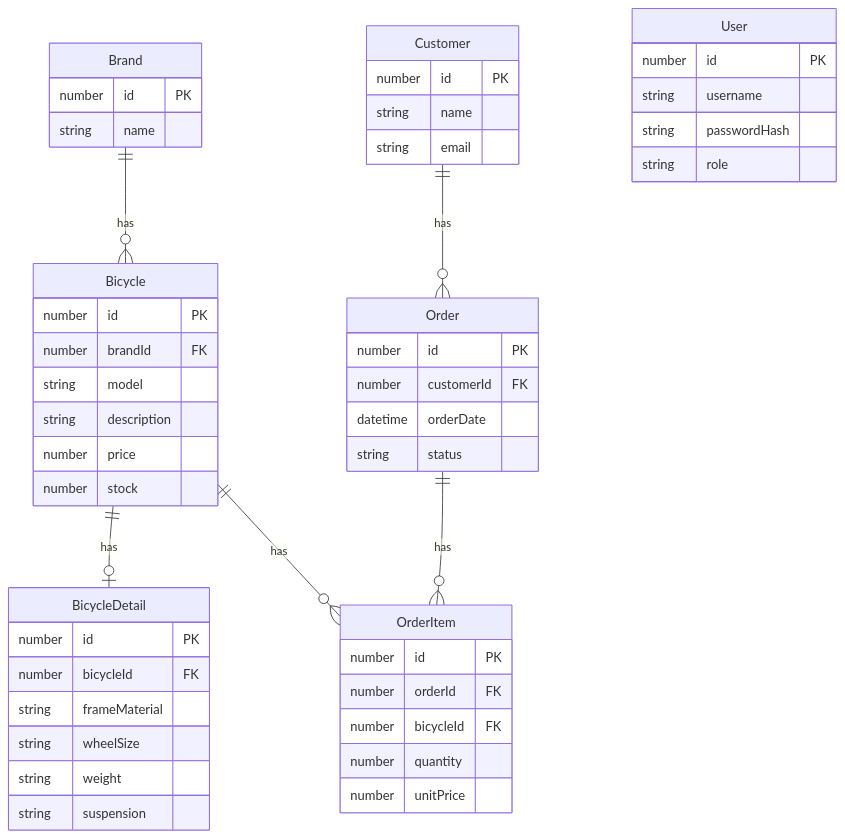
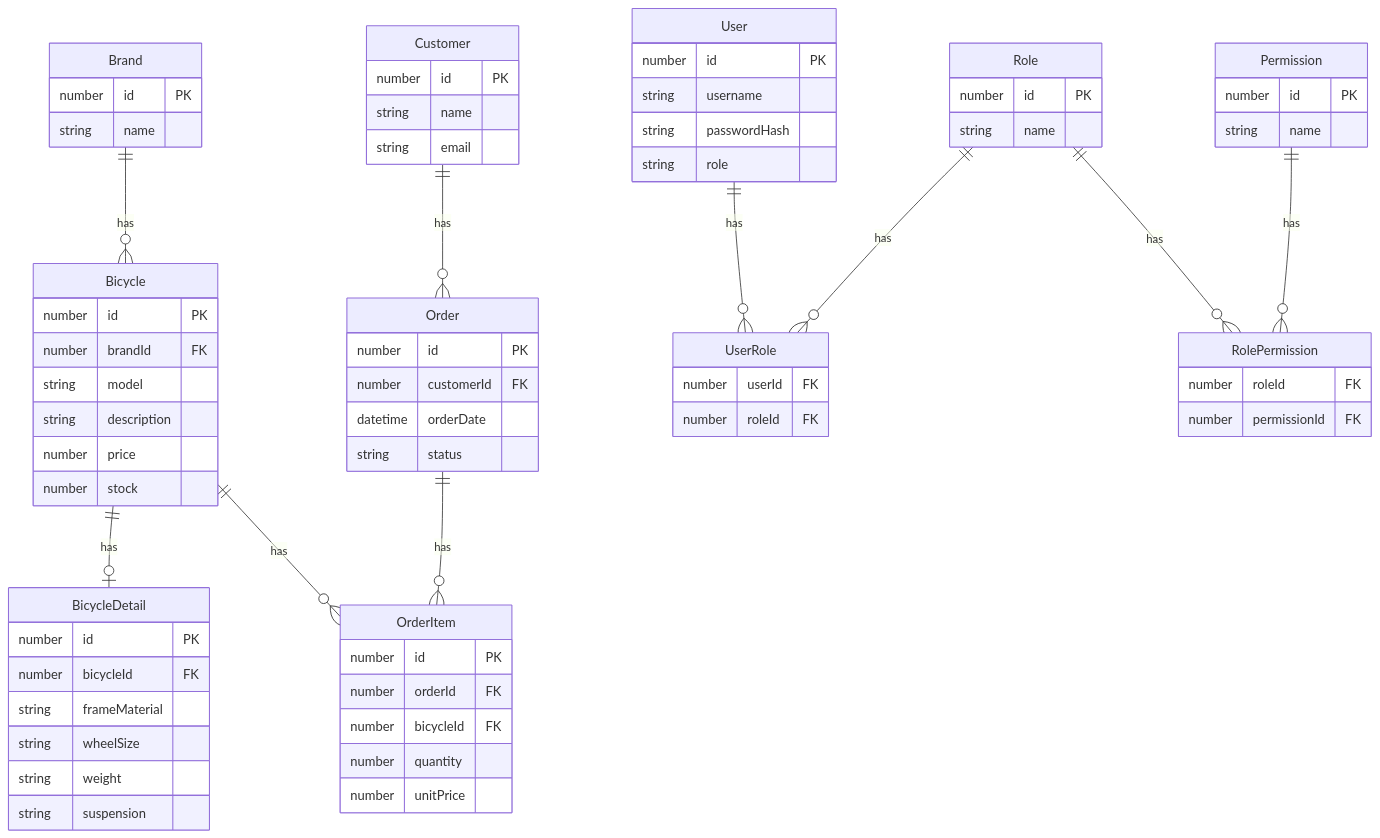
One commit to tcrurav/TypeScript-Express-Sequelize-Associations_and_Queries-Example changed the diagram in README.md. Above: the diagram before and after it, drawn with Mermaid. The commit also changed other lines of this file and 17 other files, not shown here.

````diff
--- a/README.md
+++ b/README.md
@@ -86,6 +86,10 @@
     Customer ||--o{ Order : has
     Order ||--o{ OrderItem : has
     Bicycle ||--o{ OrderItem : has
+    User ||--o{ UserRole : has
+    Role ||--o{ UserRole : has
+    Role ||--o{ RolePermission : has
+    Permission ||--o{ RolePermission : has
 
     Brand {
         number id PK
@@ -137,4 +141,24 @@
         string passwordHash
         string role
     }
+
+    Role {
+        number id PK
+        string name
+    }
+    
+    UserRole {
+        number userId FK
+        number roleId FK
+    }
+
+    Permission {
+        number id PK
+        string name
+    }
+
+    RolePermission {
+        number roleId FK
+        number permissionId FK
+    }
 ```
````
